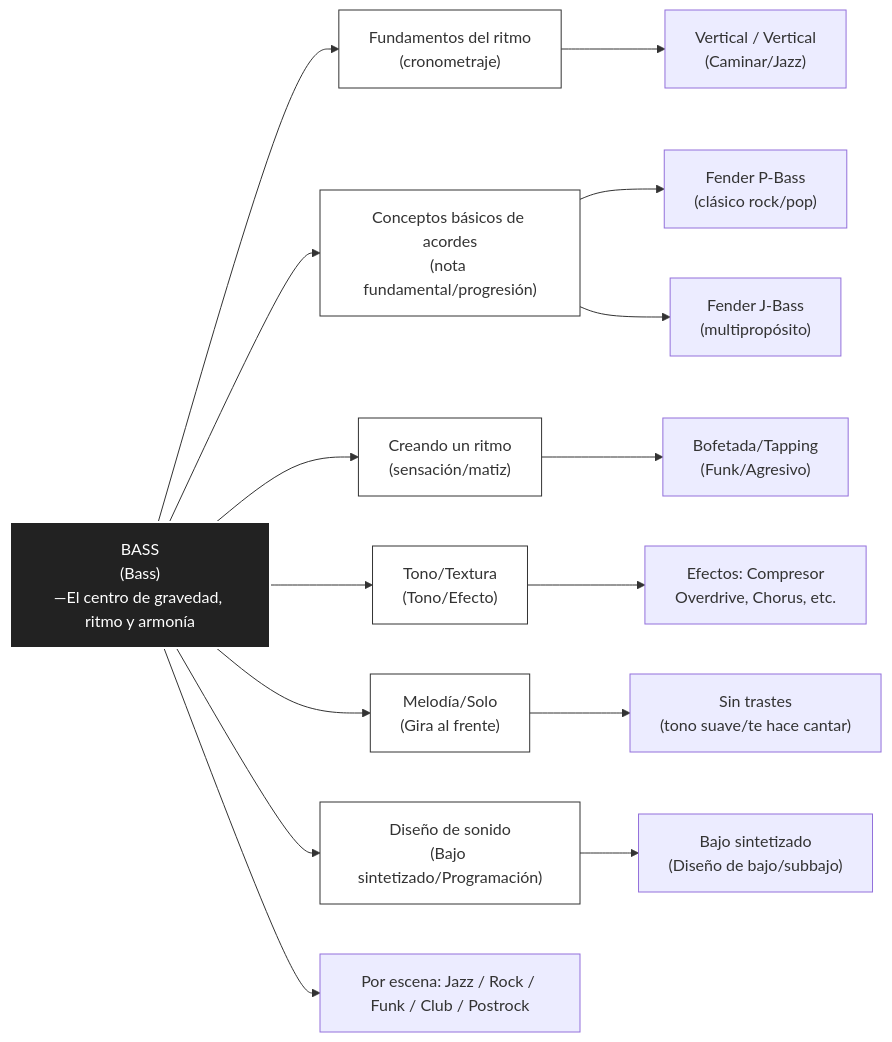
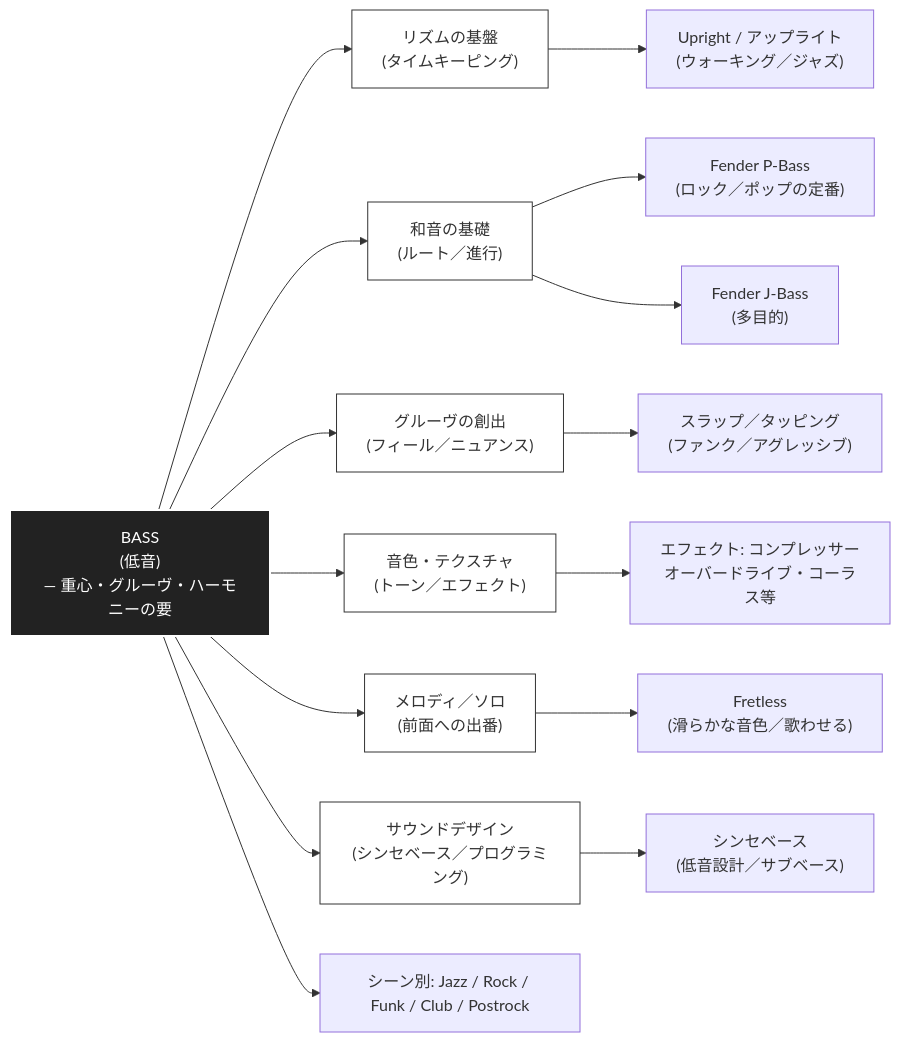
Before and after one commit to monumental-movement/monumental-movement.github.io: the second of 2 diagrams in es/_posts/2025-10-18-column-bassists.md, drawn with Mermaid. The commit also changed other lines of this file and 299 other files, not shown here.

```diff
--- a/es/_posts/2025-10-18-column-bassists.md
+++ b/es/_posts/2025-10-18-column-bassists.md
@@ -256,58 +256,58 @@
 <div class="mermaid">
 
 flowchart LR
-%% Centro: Bajo
-Bass["BASS\n(Bass)\n—El centro de gravedad, ritmo y armonía"]
+%% Center: Bass
+Bass["BASS\n(低音)\n— 重心・グルーヴ・ハーモニーの要"]
 
 
-%% Roles primarios
-Rhythm["Fundamentos del ritmo\n(cronometraje)"]
-Harmony["Conceptos básicos de acordes\n(nota fundamental/progresión)"]
-Groove["Creando un ritmo\n(sensación/matiz)"]
-Texture["Tono/Textura\n(Tono/Efecto)"]
-Lead["Melodía/Solo\n(Gira al frente)"]
-Design["Diseño de sonido\n(Bajo sintetizado/Programación)"]
+%% Primary roles
+Rhythm["リズムの基盤\n(タイムキーピング)"]
+Harmony["和音の基礎\n(ルート／進行)"]
+Groove["グルーヴの創出\n(フィール／ニュアンス)"]
+Texture["音色・テクスチャ\n(トーン／エフェクト)"]
+Lead["メロディ／ソロ\n(前面への出番)"]
+Design["サウンドデザイン\n(シンセベース／プログラミング)"]
 
 
-%% Técnicas/Instrumentos
-Upright["Vertical / Vertical\n(Caminar/Jazz)"]
-P_Bass["Fender P-Bass\n(clásico rock/pop)"]
-J_Bass["Fender J-Bass\n(multipropósito)"]
-Fretless["Sin trastes\n(tono suave/te hace cantar)"]
-Synth["Bajo sintetizado\n(Diseño de bajo/subbajo)"]
-Slap["Bofetada/Tapping\n(Funk/Agresivo)"]
-Effects["Efectos: Compresor\nOverdrive, Chorus, etc."]
+%% Techniques / Instruments
+Upright["Upright / アップライト\n(ウォーキング／ジャズ)"]
+P_Bass["Fender P-Bass\n(ロック／ポップの定番)"]
+J_Bass["Fender J-Bass\n(多目的) "]
+Fretless["Fretless\n(滑らかな音色／歌わせる) "]
+Synth["シンセベース\n(低音設計／サブベース) "]
+Slap["スラップ／タッピング\n(ファンク／アグレッシブ) "]
+Effects["エフェクト: コンプレッサー\nオーバードライブ・コーラス等"]
 
 
-%% Conexiones
+%% Connections
 Bass --> Rhythm
 Bass --> Harmony
 Bass --> Groove
 Bass --> Texture
 Bass --> Lead
 Bass --> Design
 
 
 Groove --> Slap
 Texture --> Effects
 Design --> Synth
 Rhythm --> Upright
 Harmony --> P_Bass
 Harmony --> J_Bass
 Lead --> Fretless
 
 
-%% Etiquetas de contexto
-Scene1["Por escena: Jazz / Rock / Funk / Club / Postrock"]
+%% Context labels
+Scene1["シーン別: Jazz / Rock / Funk / Club / Postrock"]
 Bass --> Scene1
 
 
 style Bass fill:#222,stroke:#fff,color:#fff,stroke-width:2px
 style Rhythm fill:#fff,stroke:#333
 style Harmony fill:#fff,stroke:#333
 style Groove fill:#fff,stroke:#333
 style Texture fill:#fff,stroke:#333
 style Lead fill:#fff,stroke:#333
 style Design fill:#fff,stroke:#333
 
 </div>
```
